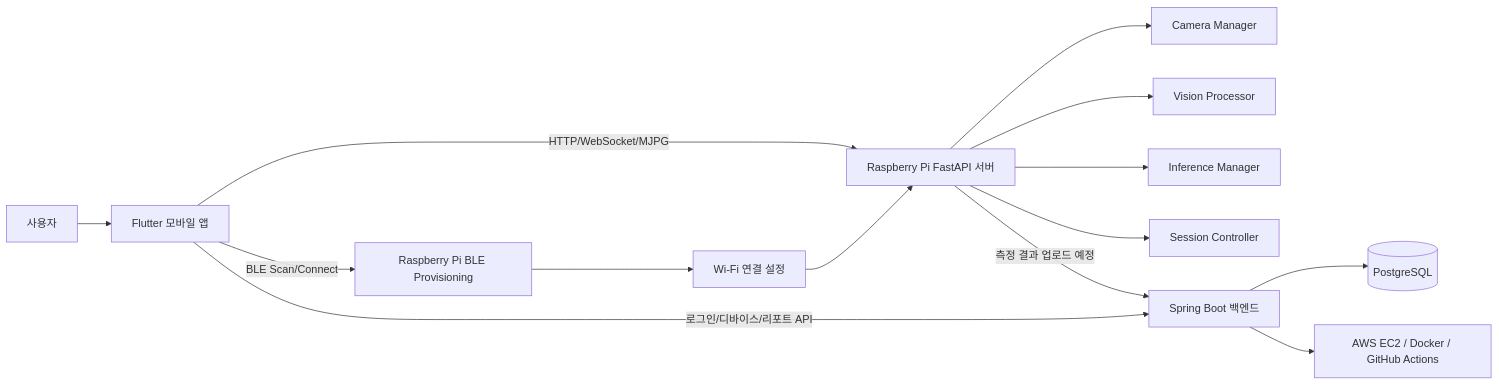
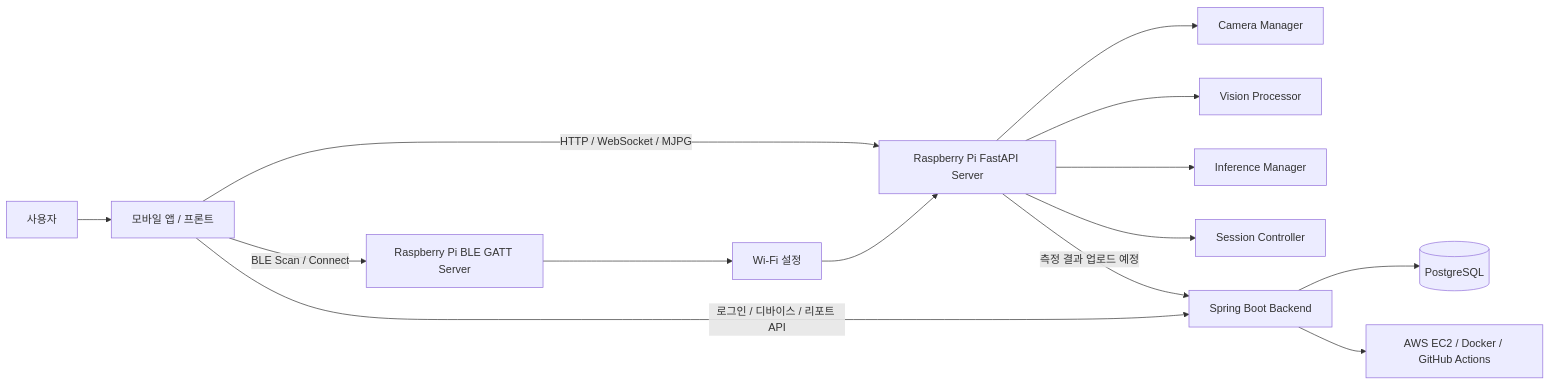
Before and after one commit to VisionAITeamProject/VisionPoseCoach: the diagram in WorkSpace/VisionPoseCoach_팀원_설명자료.md, drawn with Mermaid. The commit also changed other lines of this file and 10 other files, not shown here.

````diff
--- a/WorkSpace/VisionPoseCoach_팀원_설명자료.md
+++ b/WorkSpace/VisionPoseCoach_팀원_설명자료.md
@@ -93,21 +103,21 @@
 ```mermaid
 flowchart LR
-    User[사용자] --> App[Flutter 모바일 앱]
+    User[사용자] --> App[모바일 앱 / 프론트]
 
-    App -->|BLE Scan/Connect| PiBLE[Raspberry Pi BLE Provisioning]
-    App -->|HTTP/WebSocket/MJPG| PiAPI[Raspberry Pi FastAPI 서버]
+    App -->|BLE Scan / Connect| PiBLE[Raspberry Pi BLE GATT Server]
+    App -->|HTTP / WebSocket / MJPG| PiAPI[Raspberry Pi FastAPI Server]
 
-    PiBLE --> WiFi[Wi-Fi 연결 설정]
+    PiBLE --> WiFi[Wi-Fi 설정]
     WiFi --> PiAPI
 
     PiAPI --> Camera[Camera Manager]
     PiAPI --> Vision[Vision Processor]
     PiAPI --> Inference[Inference Manager]
     PiAPI --> Session[Session Controller]
 
-    PiAPI -->|측정 결과 업로드 예정| Spring[Spring Boot 백엔드]
-    App -->|로그인/디바이스/리포트 API| Spring
+    PiAPI -->|측정 결과 업로드 예정| Spring[Spring Boot Backend]
+    App -->|로그인 / 디바이스 / 리포트 API| Spring
 
     Spring --> DB[(PostgreSQL)]
     Spring --> Cloud[AWS EC2 / Docker / GitHub Actions]
 ```
````
